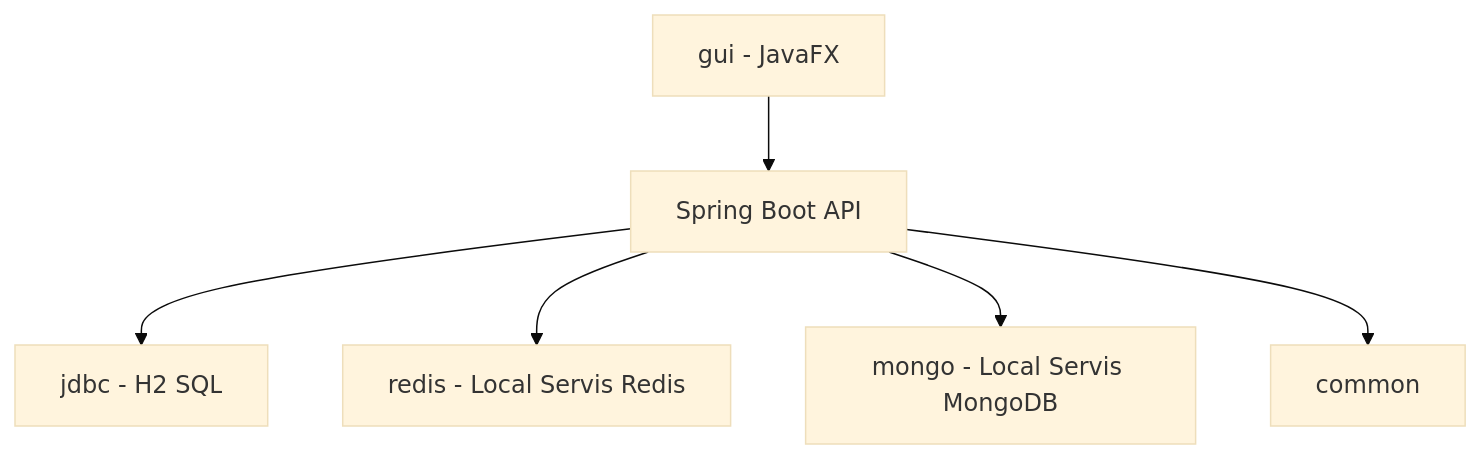
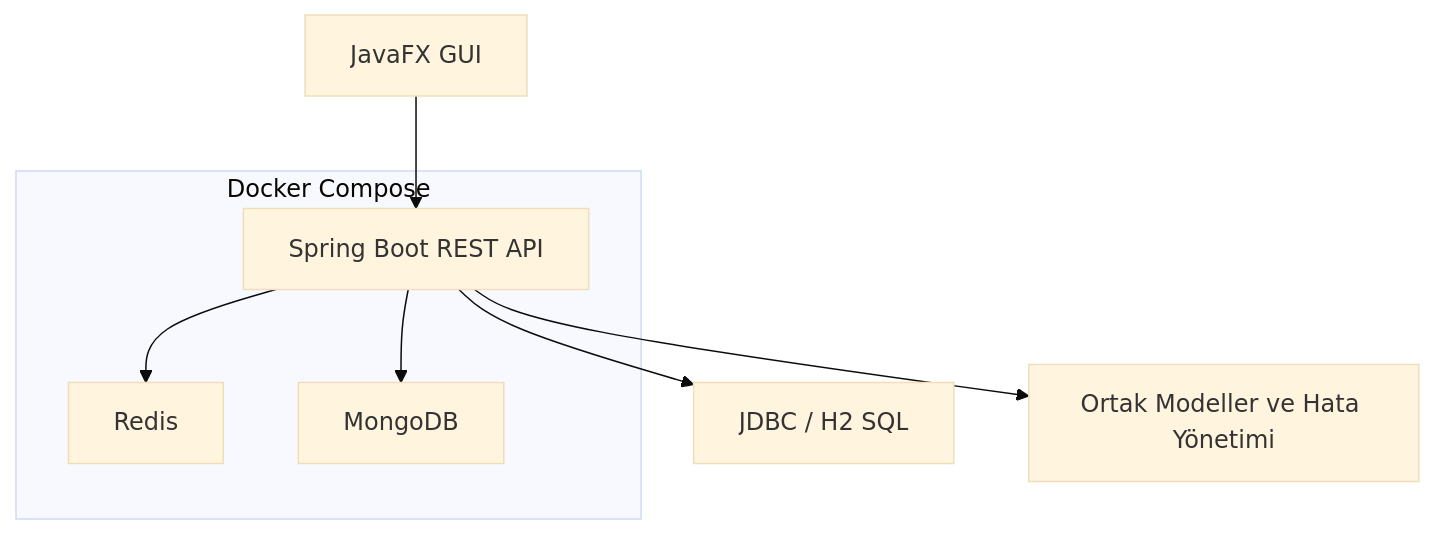
The diagram in docs/ARCHITECTURE.md (taha907/multi-db-backend-api), drawn with Mermaid (base theme) before and after one commit. The commit also changed other lines of this file and 9 other files, not shown here.

````diff
--- a/docs/ARCHITECTURE.md
+++ b/docs/ARCHITECTURE.md
@@ -3,8 +3,14 @@
 ```mermaid
 flowchart TB
-    GUI[gui - JavaFX] --> API[Spring Boot API]
-    API --> JDBC[jdbc - H2 SQL]
-    API --> REDIS[redis - Local Servis Redis]
-    API --> MONGO[mongo - Local Servis MongoDB]
-    API --> COMMON[common]
+    GUI["JavaFX GUI"] --> API["Spring Boot REST API"]
+    API --> JDBC["JDBC / H2 SQL"]
+    API --> REDIS["Redis"]
+    API --> MONGO["MongoDB"]
+    API --> COMMON["Ortak Modeller ve Hata Yönetimi"]
+
+    subgraph DOCKER["Docker Compose"]
+      API
+      REDIS
+      MONGO
+    end
 ```
````
